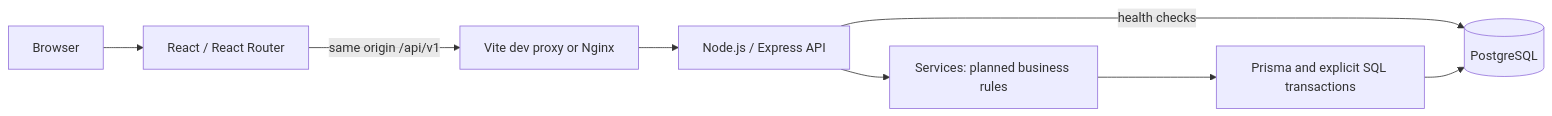
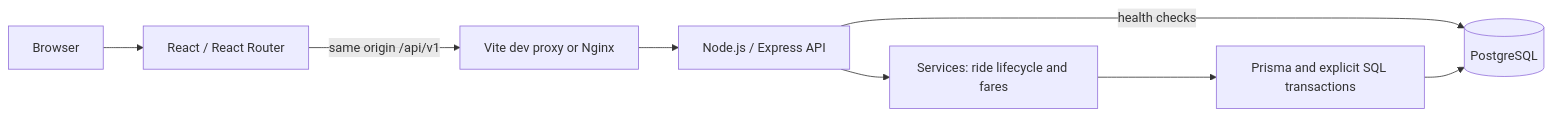
The diagram in docs/architecture.md (atikOvi21/dhaka-tesla-pool), drawn with Mermaid before and after one commit. The commit also changed other lines of this file and 14 other files, not shown here.

````diff
--- a/docs/architecture.md
+++ b/docs/architecture.md
@@ -3,10 +3,10 @@
 ```mermaid
 flowchart LR
   B[Browser] --> W[React / React Router]
   W -->|same origin /api/v1| P[Vite dev proxy or Nginx]
   P --> A[Node.js / Express API]
-  A --> S[Services: planned business rules]
+  A --> S[Services: ride lifecycle and fares]
   A -->|health checks| D[(PostgreSQL)]
   S --> O[Prisma and explicit SQL transactions]
   O --> D
 ```
````
